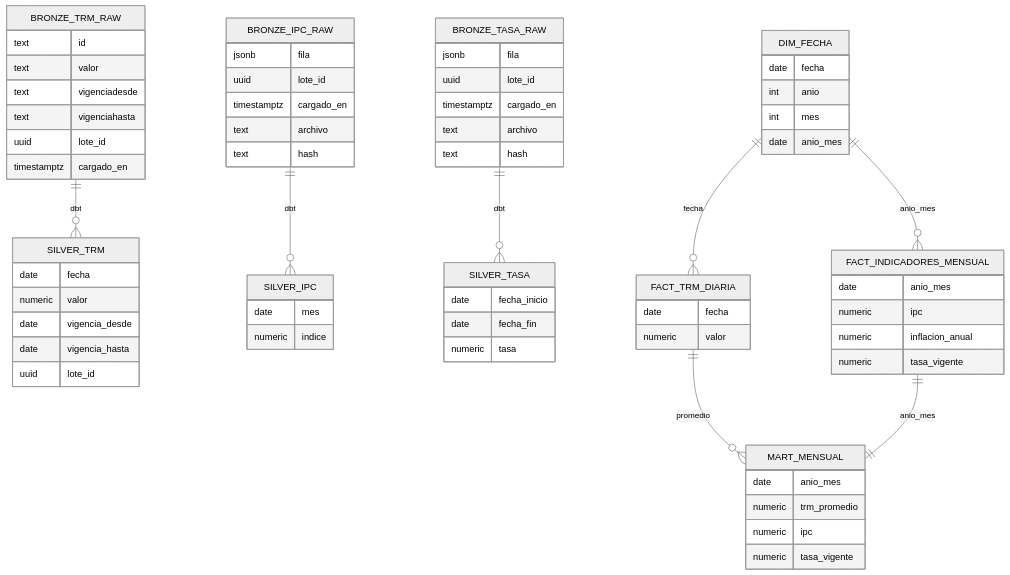
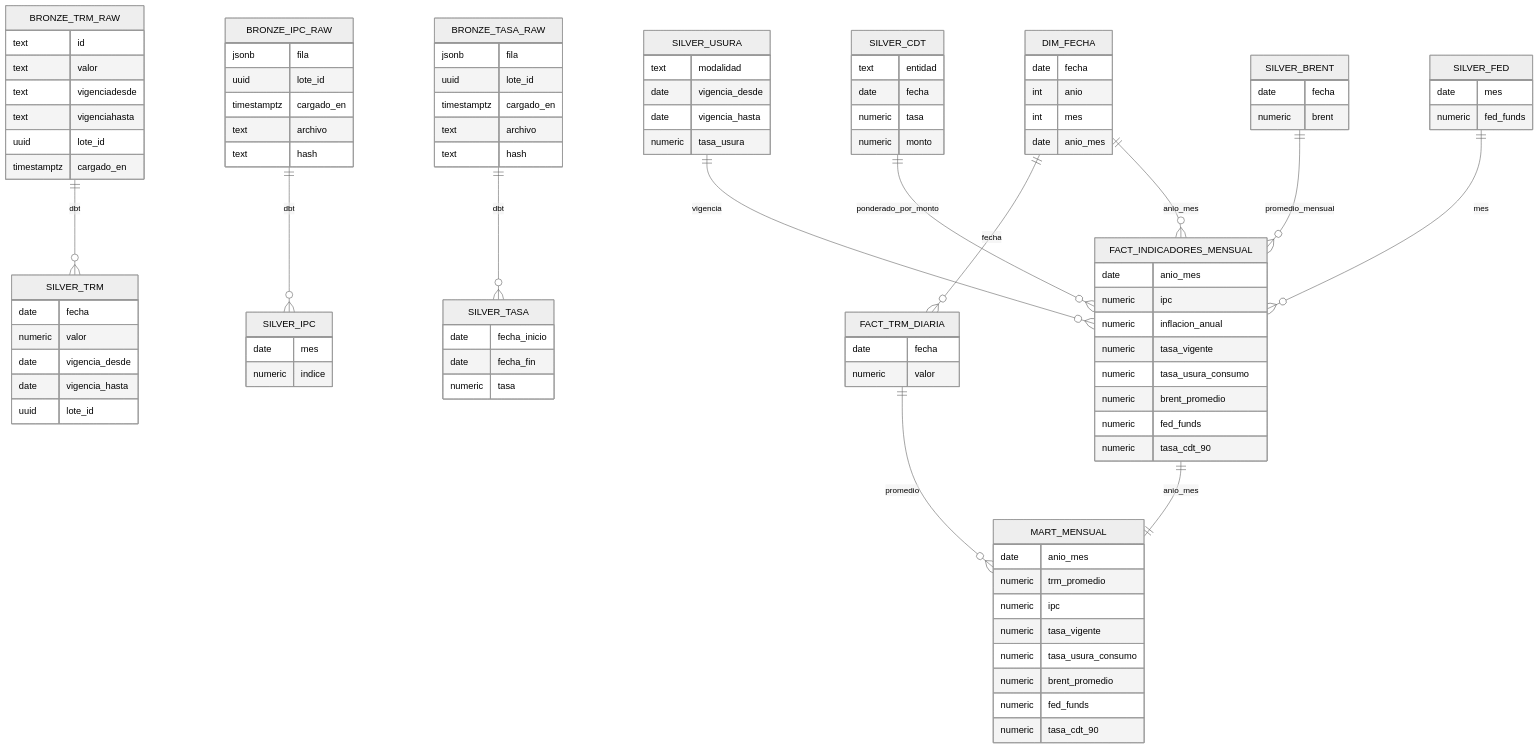
Before and after one commit to DavidRestrepo66/finco_datalake_david: the diagram in docs/diseno/modelo-datos.md, drawn with Mermaid (neutral theme). The commit also changed other lines of this file and 10 other files, not shown here.

````diff
--- a/docs/diseno/modelo-datos.md
+++ b/docs/diseno/modelo-datos.md
@@ -5,20 +5,28 @@
 ```mermaid
 erDiagram
     BRONZE_TRM_RAW { text id text valor text vigenciadesde text vigenciahasta uuid lote_id timestamptz cargado_en }
     BRONZE_IPC_RAW { jsonb fila uuid lote_id timestamptz cargado_en text archivo text hash }
     BRONZE_TASA_RAW { jsonb fila uuid lote_id timestamptz cargado_en text archivo text hash }
     SILVER_TRM { date fecha numeric valor date vigencia_desde date vigencia_hasta uuid lote_id }
     SILVER_IPC { date mes numeric indice }
     SILVER_TASA { date fecha_inicio date fecha_fin numeric tasa }
+    SILVER_USURA { text modalidad date vigencia_desde date vigencia_hasta numeric tasa_usura }
+    SILVER_CDT { text entidad date fecha numeric tasa numeric monto }
+    SILVER_BRENT { date fecha numeric brent }
+    SILVER_FED { date mes numeric fed_funds }
     DIM_FECHA { date fecha int anio int mes date anio_mes }
     FACT_TRM_DIARIA { date fecha numeric valor }
-    FACT_INDICADORES_MENSUAL { date anio_mes numeric ipc numeric inflacion_anual numeric tasa_vigente }
-    MART_MENSUAL { date anio_mes numeric trm_promedio numeric ipc numeric tasa_vigente }
+    FACT_INDICADORES_MENSUAL { date anio_mes numeric ipc numeric inflacion_anual numeric tasa_vigente numeric tasa_usura_consumo numeric brent_promedio numeric fed_funds numeric tasa_cdt_90 }
+    MART_MENSUAL { date anio_mes numeric trm_promedio numeric ipc numeric tasa_vigente numeric tasa_usura_consumo numeric brent_promedio numeric fed_funds numeric tasa_cdt_90 }
     BRONZE_TRM_RAW ||--o{ SILVER_TRM : dbt
     BRONZE_IPC_RAW ||--o{ SILVER_IPC : dbt
     BRONZE_TASA_RAW ||--o{ SILVER_TASA : dbt
+    SILVER_USURA ||--o{ FACT_INDICADORES_MENSUAL : vigencia
+    SILVER_CDT ||--o{ FACT_INDICADORES_MENSUAL : ponderado_por_monto
+    SILVER_BRENT ||--o{ FACT_INDICADORES_MENSUAL : promedio_mensual
+    SILVER_FED ||--o{ FACT_INDICADORES_MENSUAL : mes
     DIM_FECHA ||--o{ FACT_TRM_DIARIA : fecha
     DIM_FECHA ||--o{ FACT_INDICADORES_MENSUAL : anio_mes
     FACT_TRM_DIARIA ||--o{ MART_MENSUAL : promedio
     FACT_INDICADORES_MENSUAL ||--|| MART_MENSUAL : anio_mes
 ```
````
